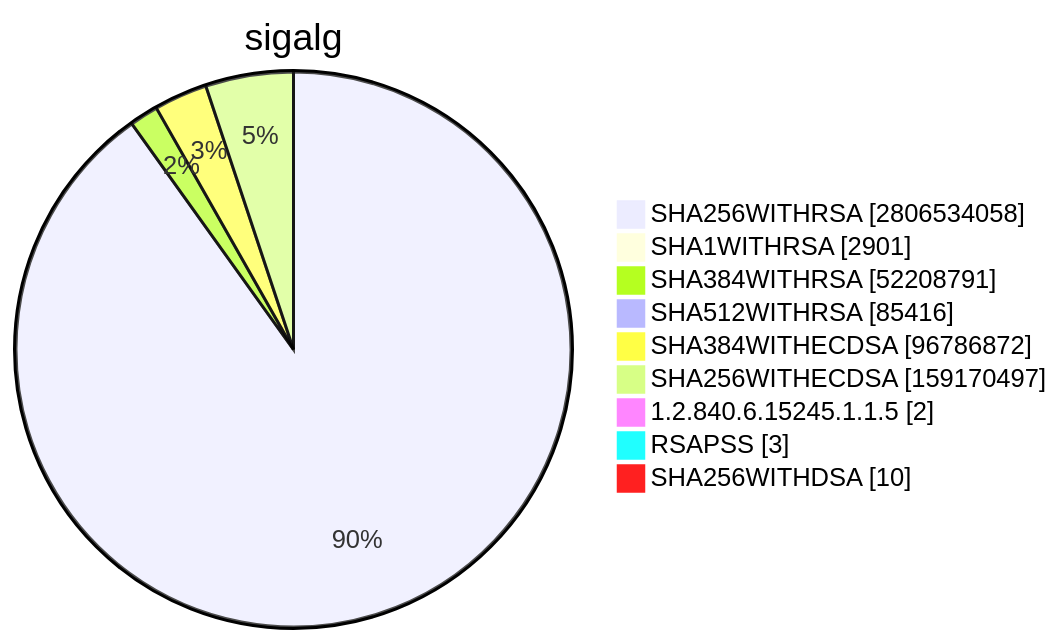
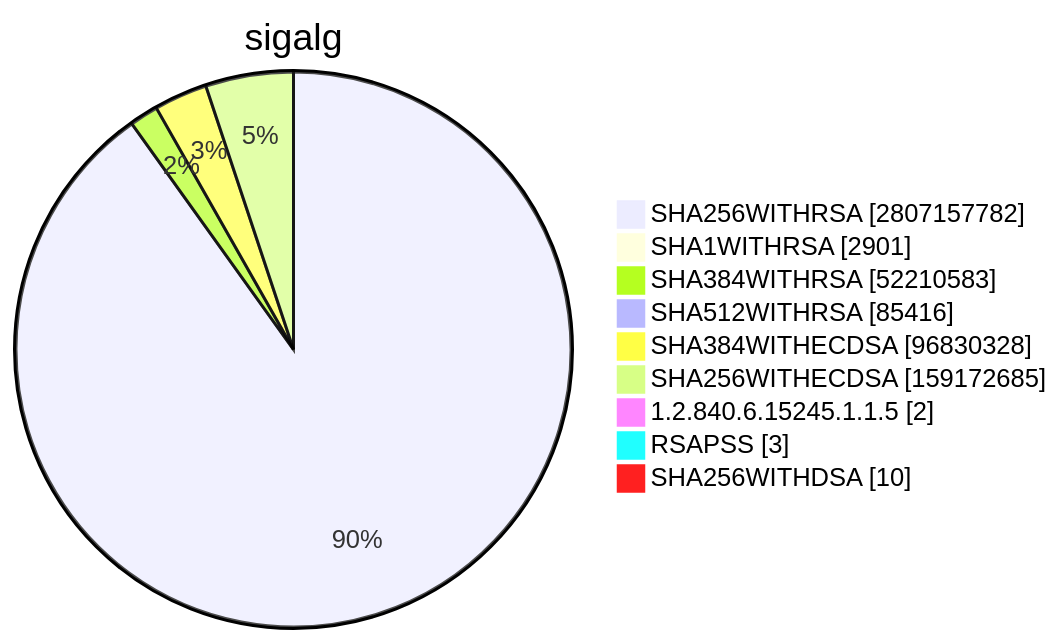
Before and after one commit to christiankrug/ctmonitor_visualization: diagram 15 of 15 in TOTAL/README.md, drawn with Mermaid. The commit also changed other lines of this file, not shown here.

````diff
--- a/TOTAL/README.md
+++ b/TOTAL/README.md
@@ -6205,13 +6205,13 @@
 ```mermaid
 pie showData
 title sigalg
-"SHA256WITHRSA" :2806534058
+"SHA256WITHRSA" :2807157782
 "SHA1WITHRSA" :2901
-"SHA384WITHRSA" :52208791
+"SHA384WITHRSA" :52210583
 "SHA512WITHRSA" :85416
-"SHA384WITHECDSA" :96786872
-"SHA256WITHECDSA" :159170497
+"SHA384WITHECDSA" :96830328
+"SHA256WITHECDSA" :159172685
 "1.2.840.6.15245.1.1.5" :2
 "RSAPSS" :3
 "SHA256WITHDSA" :10
 ```
````
